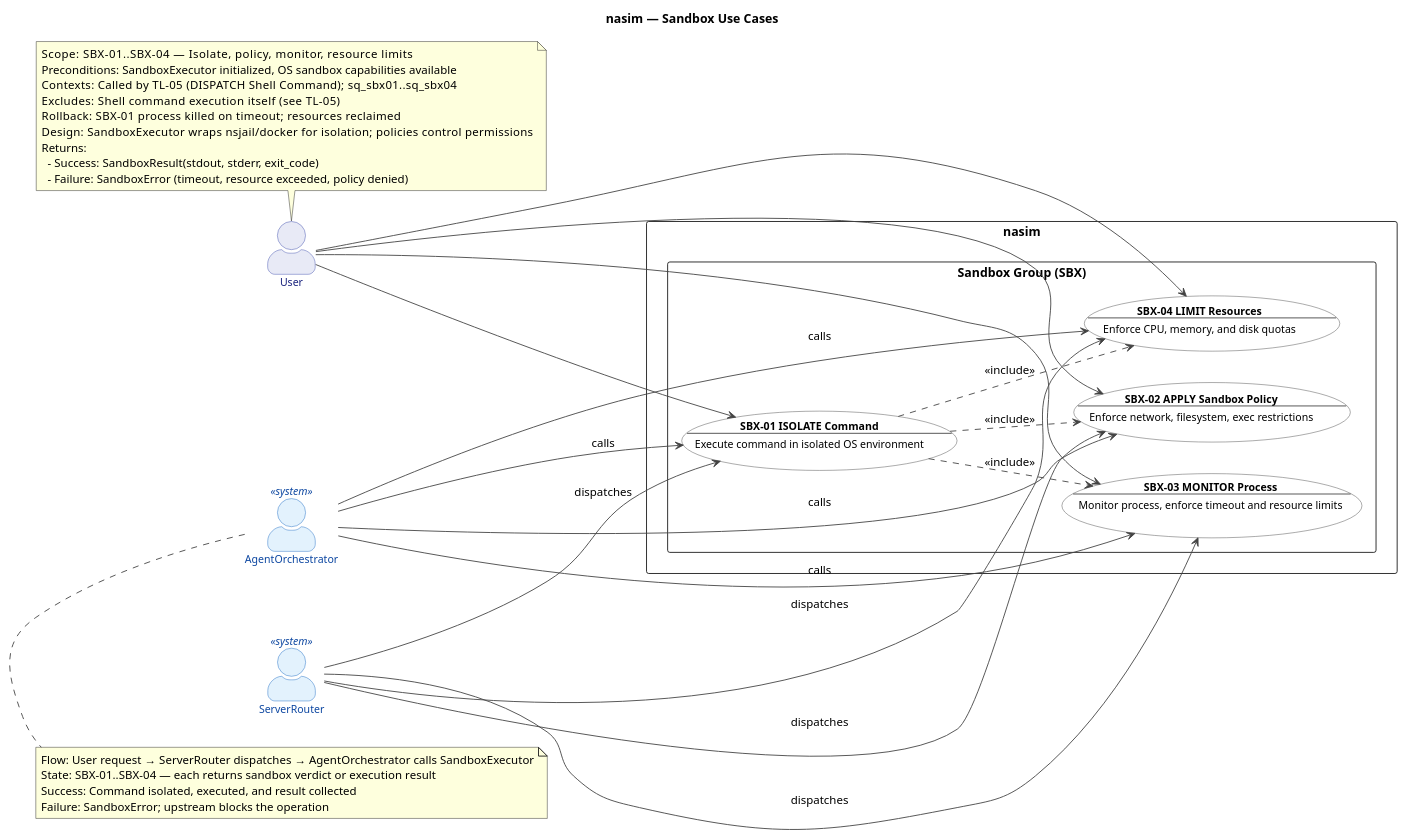
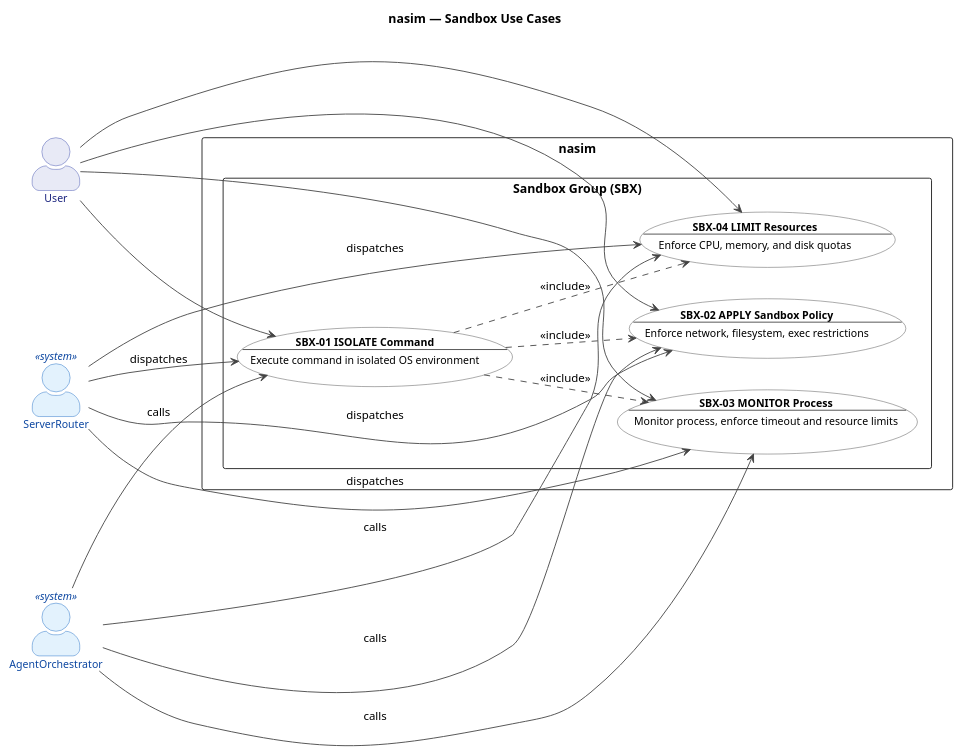
One commit to salimnamvar/nasim changed the diagram in docs/UC/uc_sbx.puml. Above: the diagram before and after it, drawn with PlantUML. The commit also changed 23 other files, not shown here.

First line of the commit message:
docs: Refactor UC diagrams and update merge script paths

```diff
--- a/docs/UC/uc_sbx.puml
+++ b/docs/UC/uc_sbx.puml
@@ -1,110 +1,113 @@
 @startuml uc_sbx
+
 
 ' ============================================================
 ' Title:     nasim — UC: Sandbox Group
 ' Group:     SBX (Sandbox)
 ' Boundary:  nasim code agent
 ' Purpose:   OS-level process isolation for shell and edit operations
 ' Milestone: v1.0
 ' Version:   9.1.0
 ' Source:    docs/ENTITIES.md, docs/UC/README.md
 ' Review:    CAR refinement loop 2026-06-27
 ' SQ:        sq_sbx01..sq_sbx04
 ' ============================================================
 
+
 left to right direction
+
 
 title nasim — Sandbox Use Cases
 
+
 skinparam actorStyle awesome
 skinparam packageStyle rectangle
+
 
 skinparam usecase {
   BackgroundColor #FFFFFF
   BorderColor #424242
   FontColor #000000
   ArrowColor #424242
   FontSize 12
 }
 
+
 skinparam actor {
   BackgroundColor #E8EAF6
   BorderColor #3949AB
   FontColor #1A237E
   FontSize 12
 }
 
+
 skinparam actor<<system>> {
   BackgroundColor #E3F2FD
   BorderColor #1565C0
   FontColor #0D47A1
 }
 
+
 ' ------------------------------------------------------------
 ' Actors
 ' ------------------------------------------------------------
+
 
 actor "User" as User
 actor "ServerRouter" as Router <<system>>
 actor "AgentOrchestrator" as Agent <<system>>
 
-note top of User
-  Scope:          SBX-01..SBX-04 — Isolate, policy, monitor, resource limits
-  Preconditions:  SandboxExecutor initialized, OS sandbox capabilities available
-  Contexts:       Called by TL-05 (DISPATCH Shell Command); sq_sbx01..sq_sbx04
-  Excludes:       Shell command execution itself (see TL-05)
-  Rollback:       SBX-01 process killed on timeout; resources reclaimed
-  Design:         SandboxExecutor wraps nsjail/docker for isolation; policies control permissions
-  Returns:
-    - Success: SandboxResult(stdout, stderr, exit_code)
-    - Failure: SandboxError (timeout, resource exceeded, policy denied)
-end note
+
+
 
 ' ------------------------------------------------------------
 ' System Boundary
 ' ------------------------------------------------------------
+
 
 rectangle "nasim" {
   package "Sandbox Group (SBX)" {
     usecase "**SBX-01 ISOLATE Command**\n--\nExecute command in isolated OS environment" as SBX01
     usecase "**SBX-02 APPLY Sandbox Policy**\n--\nEnforce network, filesystem, exec restrictions" as SBX02
     usecase "**SBX-03 MONITOR Process**\n--\nMonitor process, enforce timeout and resource limits" as SBX03
     usecase "**SBX-04 LIMIT Resources**\n--\nEnforce CPU, memory, and disk quotas" as SBX04
   }
 }
 
+
 ' ------------------------------------------------------------
 ' Actor -> Use Case Associations
 ' ------------------------------------------------------------
+
 
 User --> SBX01
 User --> SBX02
 User --> SBX03
 User --> SBX04
 
+
 Router --> SBX01 : dispatches
 Router --> SBX02 : dispatches
 Router --> SBX03 : dispatches
 Router --> SBX04 : dispatches
+
 
 Agent --> SBX01 : calls
 Agent --> SBX02 : calls
 Agent --> SBX03 : calls
 Agent --> SBX04 : calls
 
+
 ' ------------------------------------------------------------
 ' Relationships
 ' ------------------------------------------------------------
+
 
 SBX01 ..> SBX02 : <<include>>
 SBX01 ..> SBX03 : <<include>>
 SBX01 ..> SBX04 : <<include>>
 
-note bottom of Agent
-  Flow:   User request → ServerRouter dispatches → AgentOrchestrator calls SandboxExecutor
-  State:  SBX-01..SBX-04 — each returns sandbox verdict or execution result
-  Success: Command isolated, executed, and result collected
-  Failure: SandboxError; upstream blocks the operation
-end note
+
+
 
 @enduml
```
